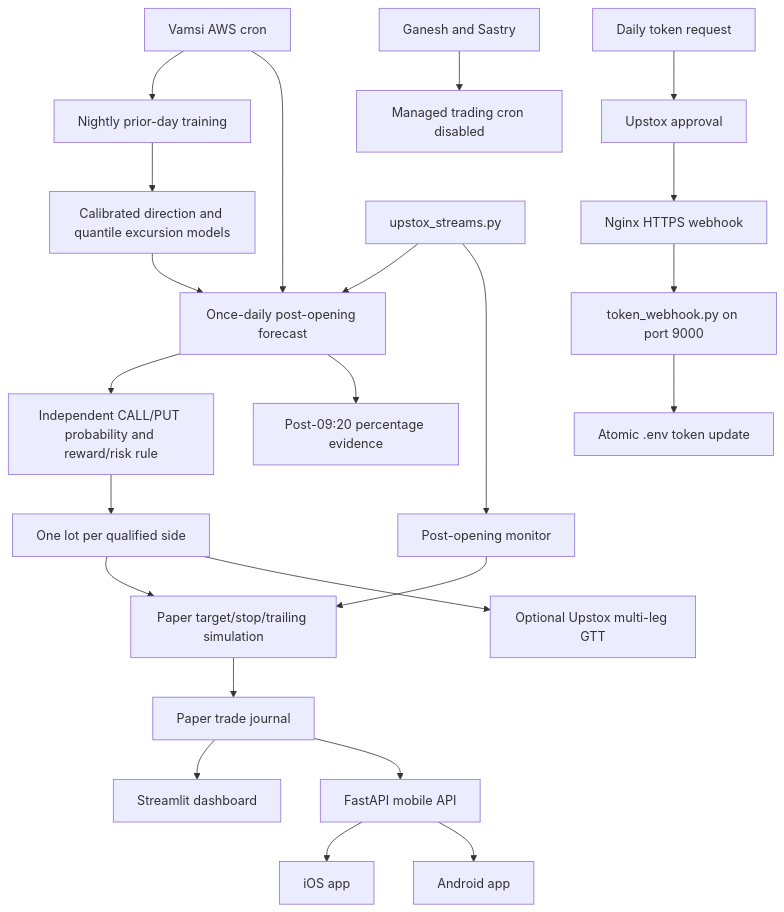
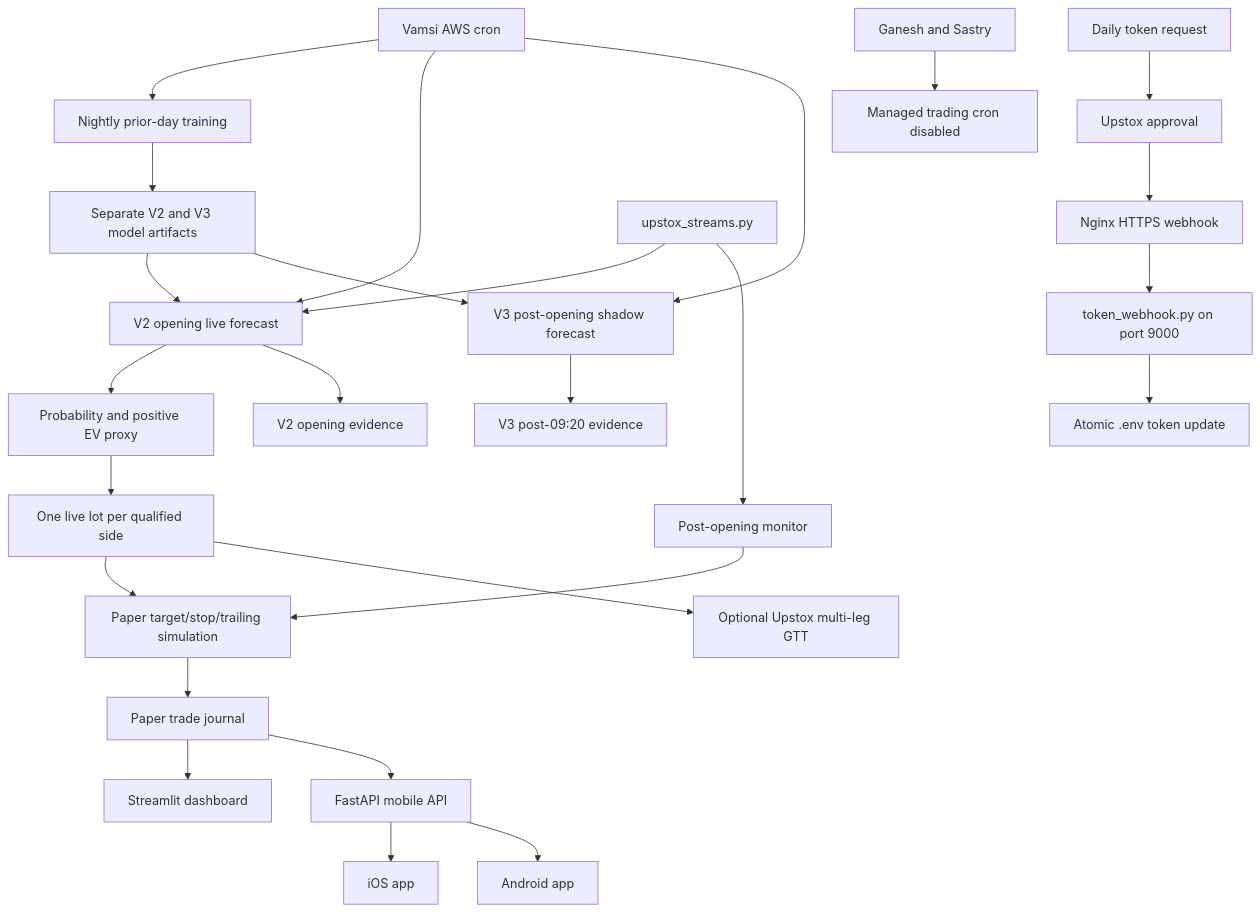
Before and after one commit to vkp2498-spec/trading-app: the diagram in PROJECT_ARCHITECTURE_AND_HANDOFF.md, drawn with Mermaid. The commit also changed other lines of this file and 13 other files, not shown here.

Commit message:
Run V2 live alongside V3 shadow

````diff
--- a/PROJECT_ARCHITECTURE_AND_HANDOFF.md
+++ b/PROJECT_ARCHITECTURE_AND_HANDOFF.md
@@ -51,29 +52,32 @@
 ```mermaid
 flowchart TD
     CRON["Vamsi AWS cron"] --> TRAIN["Nightly prior-day training"]
-    CRON --> SCORE["Once-daily post-opening forecast"]
-    TRAIN --> MODEL["Calibrated direction and quantile excursion models"]
+    CRON --> SCORE["V2 opening live forecast"]
+    CRON --> SHADOW["V3 post-opening shadow forecast"]
+    TRAIN --> MODEL["Separate V2 and V3 model artifacts"]
     MODEL --> SCORE
-    SCORE --> RULE["Independent CALL/PUT probability and reward/risk rule"]
-    RULE --> EXEC["One lot per qualified side"]
+    MODEL --> SHADOW
+    SCORE --> RULE["Probability and positive EV proxy"]
+    RULE --> EXEC["One live lot per qualified side"]
     EXEC --> PAPER["Paper target/stop/trailing simulation"]
     EXEC --> GTT["Optional Upstox multi-leg GTT"]
     MON["Post-opening monitor"] --> PAPER
     PAPER --> JOURNAL["Paper trade journal"]
-    SCORE --> EVIDENCE["Post-09:20 percentage evidence"]
+    SCORE --> EVIDENCE["V2 opening evidence"]
+    SHADOW --> EVIDENCE3["V3 post-09:20 evidence"]
 
     JOURNAL --> DASH["Streamlit dashboard"]
     JOURNAL --> API["FastAPI mobile API"]
     API --> IOS["iOS app"]
     API --> ANDROID["Android app"]
 
     TOKEN["Daily token request"] --> APPROVAL["Upstox approval"]
     APPROVAL --> NGINX["Nginx HTTPS webhook"]
     NGINX --> WEBHOOK["token_webhook.py on port 9000"]
     WEBHOOK --> ENV["Atomic .env token update"]
 
     STREAM["upstox_streams.py"] --> SCORE
     STREAM --> MON
 
     DISABLED["Ganesh and Sastry"] --> OFF["Managed trading cron disabled"]
 ```
````
